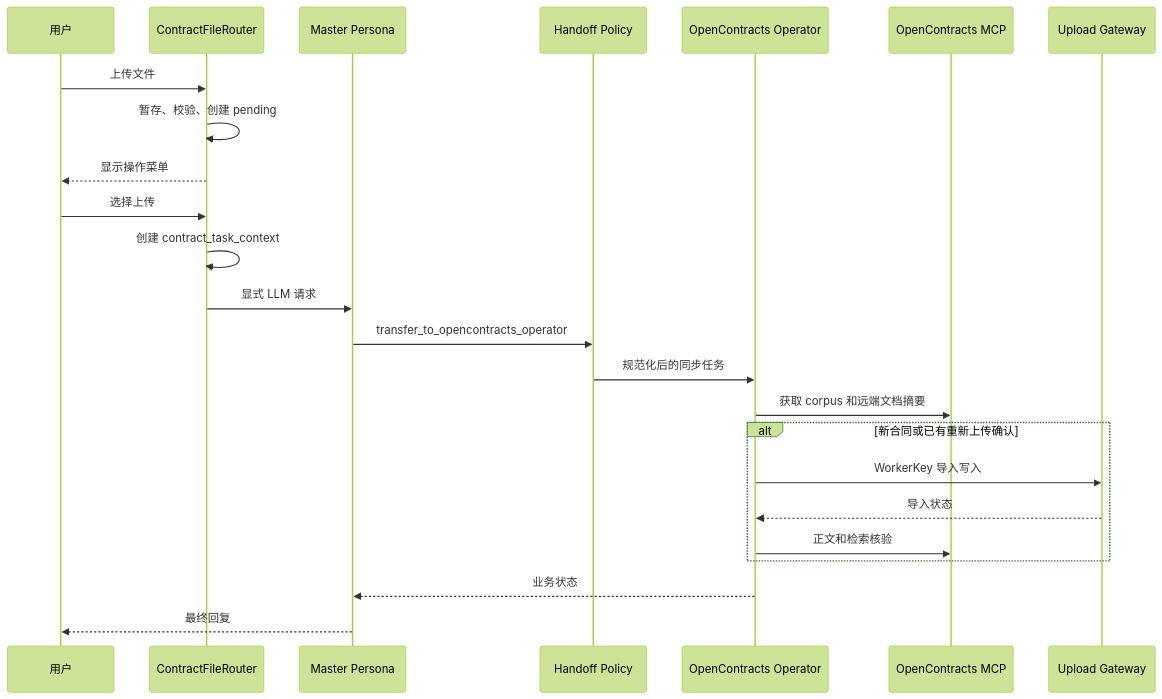
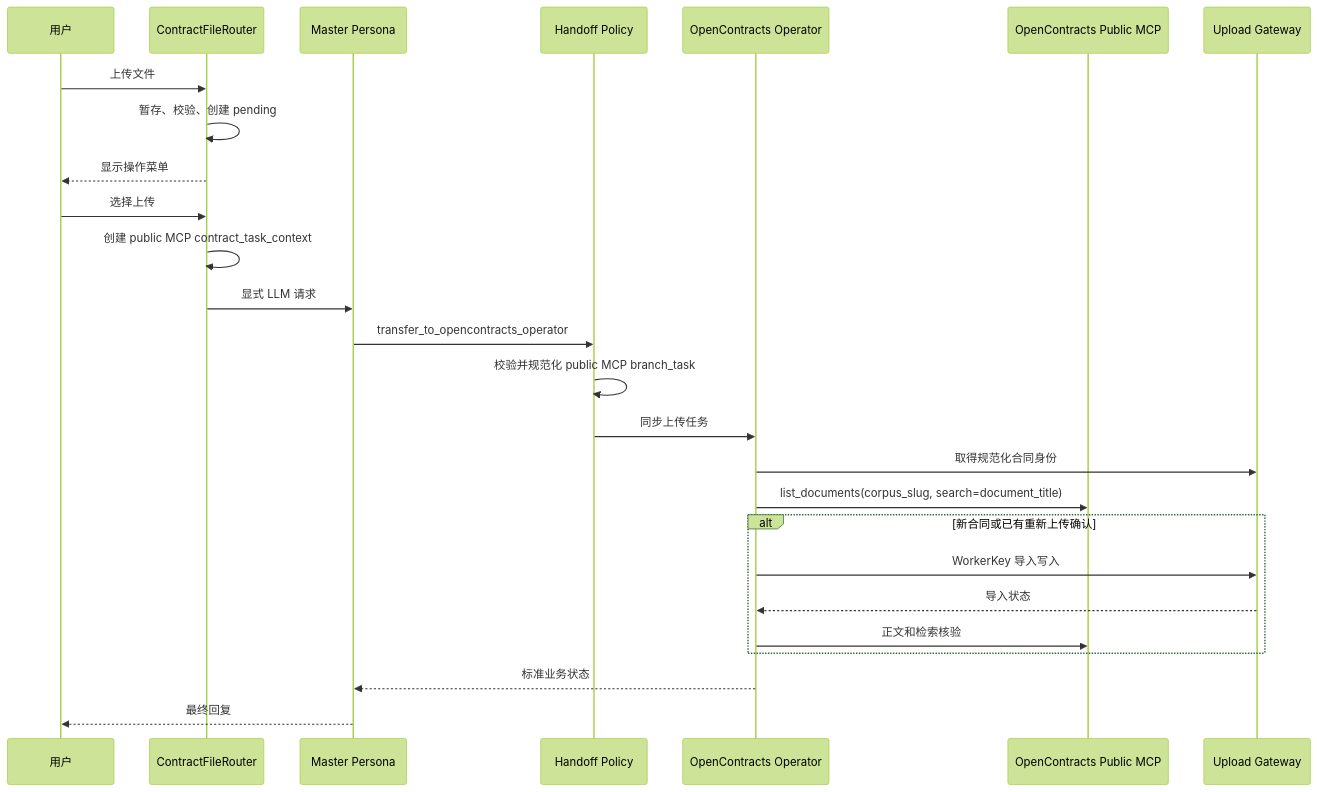
The third of 3 diagrams in plugins/astrbot_plugin_contract_file_router/README.md (Ri0n72Y/ContractBotConfig), drawn with Mermaid (forest theme) before and after one commit. The commit also changed other lines of this file and 19 other files, not shown here.

First line of the commit message:
Fix contract upload flow for OpenContracts public MCP (#4)

````diff
--- a/plugins/astrbot_plugin_contract_file_router/README.md
+++ b/plugins/astrbot_plugin_contract_file_router/README.md
@@ -77,27 +80,29 @@
 ```mermaid
 sequenceDiagram
     participant U as 用户
     participant R as ContractFileRouter
     participant M as Master Persona
     participant H as Handoff Policy
     participant O as OpenContracts Operator
-    participant MCP as OpenContracts MCP
+    participant MCP as OpenContracts Public MCP
     participant G as Upload Gateway
 
     U->>R: 上传文件
     R->>R: 暂存、校验、创建 pending
     R-->>U: 显示操作菜单
     U->>R: 选择上传
-    R->>R: 创建 contract_task_context
+    R->>R: 创建 public MCP contract_task_context
     R->>M: 显式 LLM 请求
     M->>H: transfer_to_opencontracts_operator
-    H->>O: 规范化后的同步任务
-    O->>MCP: 获取 corpus 和远端文档摘要
+    H->>H: 校验并规范化 public MCP branch_task
+    H->>O: 同步上传任务
+    O->>G: 取得规范化合同身份
+    O->>MCP: list_documents(corpus_slug, search=document_title)
     alt 新合同或已有重新上传确认
         O->>G: WorkerKey 导入写入
         G-->>O: 导入状态
         O->>MCP: 正文和检索核验
     end
-    O-->>M: 业务状态
+    O-->>M: 标准业务状态
     M-->>U: 最终回复
 ```
````
